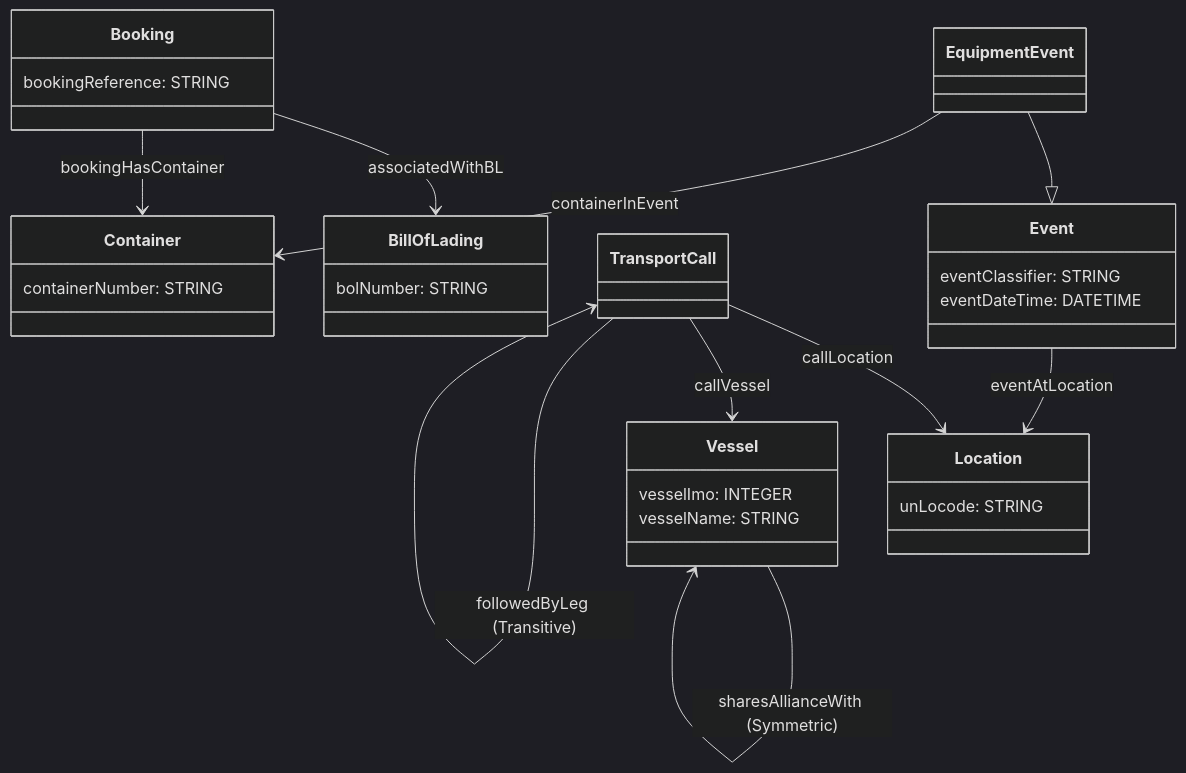
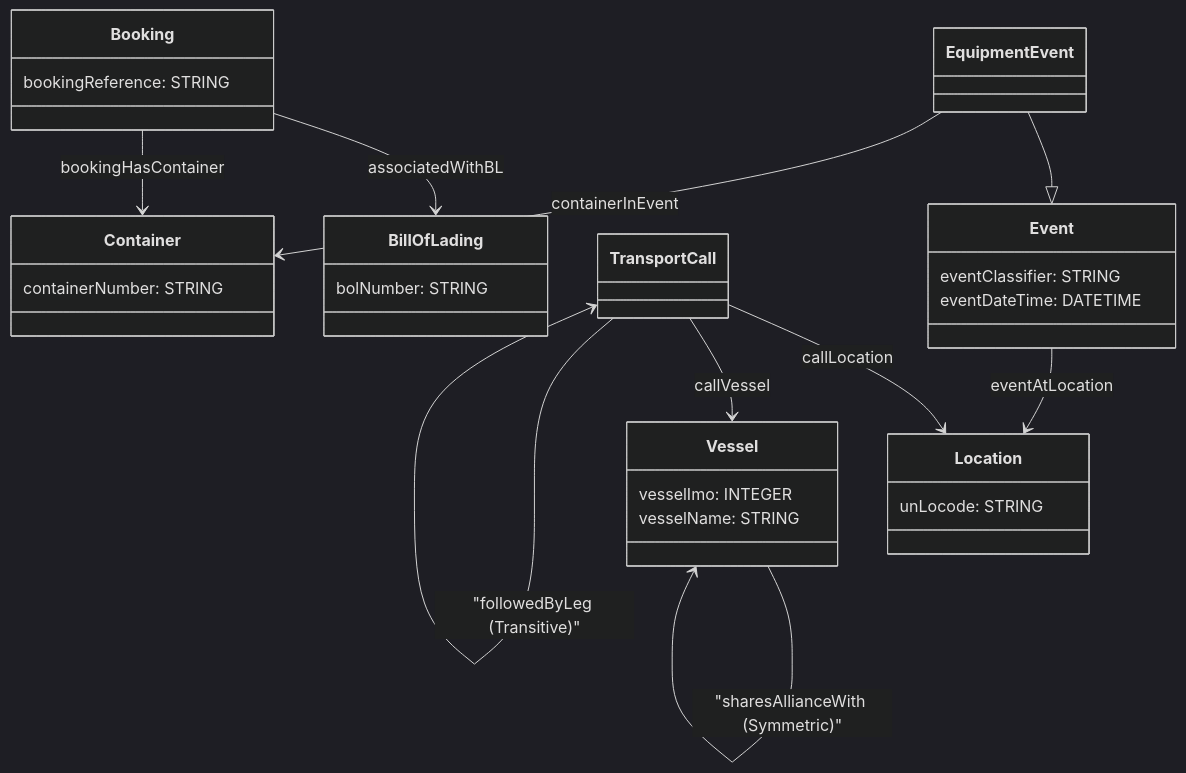
Diagram 11 of 12 in examples/README.md (hasseeb-ai/rdf-shacl-to-spanner-graph), drawn with Mermaid (dark theme) before and after one commit. The commit also changed other lines of this file, not shown here.

````diff
--- a/examples/README.md
+++ b/examples/README.md
@@ -398,35 +398,35 @@
 ```mermaid
 classDiagram
   direction TD
   class Booking {
     bookingReference: STRING
   }
   class BillOfLading {
     bolNumber: STRING
   }
   class Container {
     containerNumber: STRING
   }
   class Vessel {
     vesselImo: INTEGER
     vesselName: STRING
   }
   class Location {
     unLocode: STRING
   }
   class TransportCall
   class Event {
     eventClassifier: STRING
     eventDateTime: DATETIME
   }
 
   Booking --> BillOfLading : associatedWithBL
   Booking --> Container : bookingHasContainer
   Event --> Location : eventAtLocation
   EquipmentEvent --|> Event
   EquipmentEvent --> Container : containerInEvent
   TransportCall --> Location : callLocation
   TransportCall --> Vessel : callVessel
-  Vessel --> Vessel : sharesAllianceWith (Symmetric)
-  TransportCall --> TransportCall : followedByLeg (Transitive)
+  Vessel --> Vessel : "sharesAllianceWith (Symmetric)"
+  TransportCall --> TransportCall : "followedByLeg (Transitive)"
 ```
````
